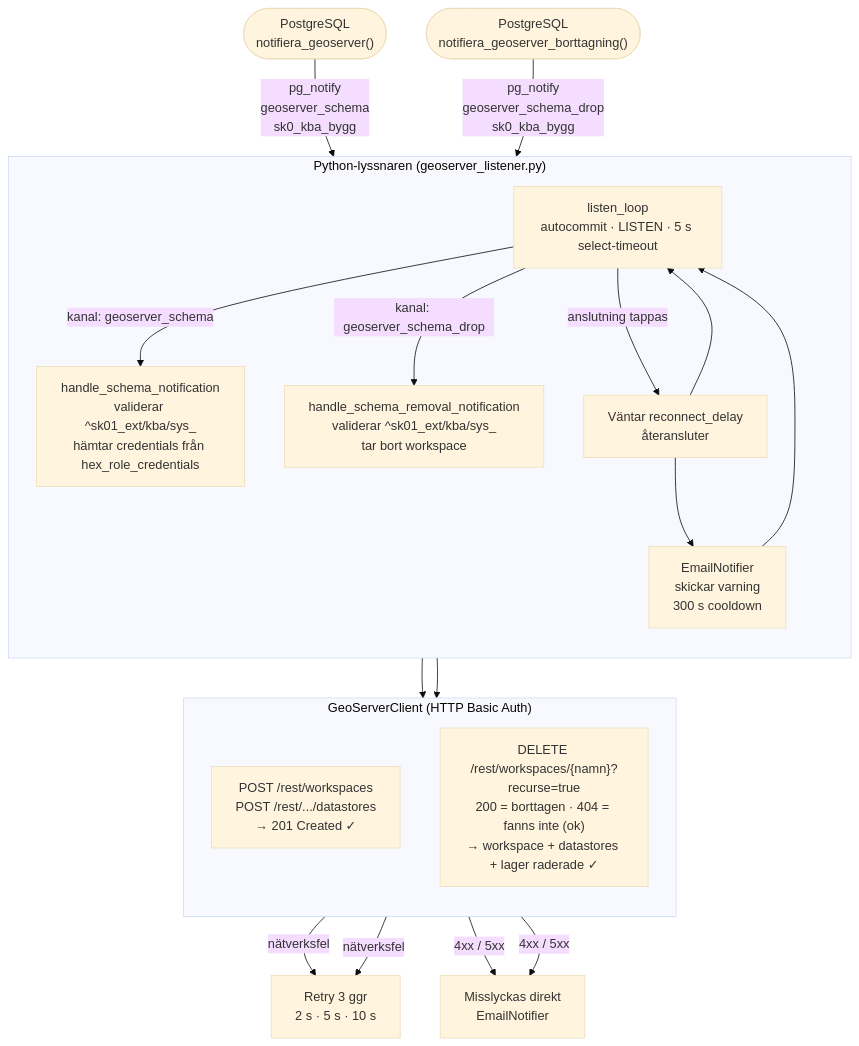
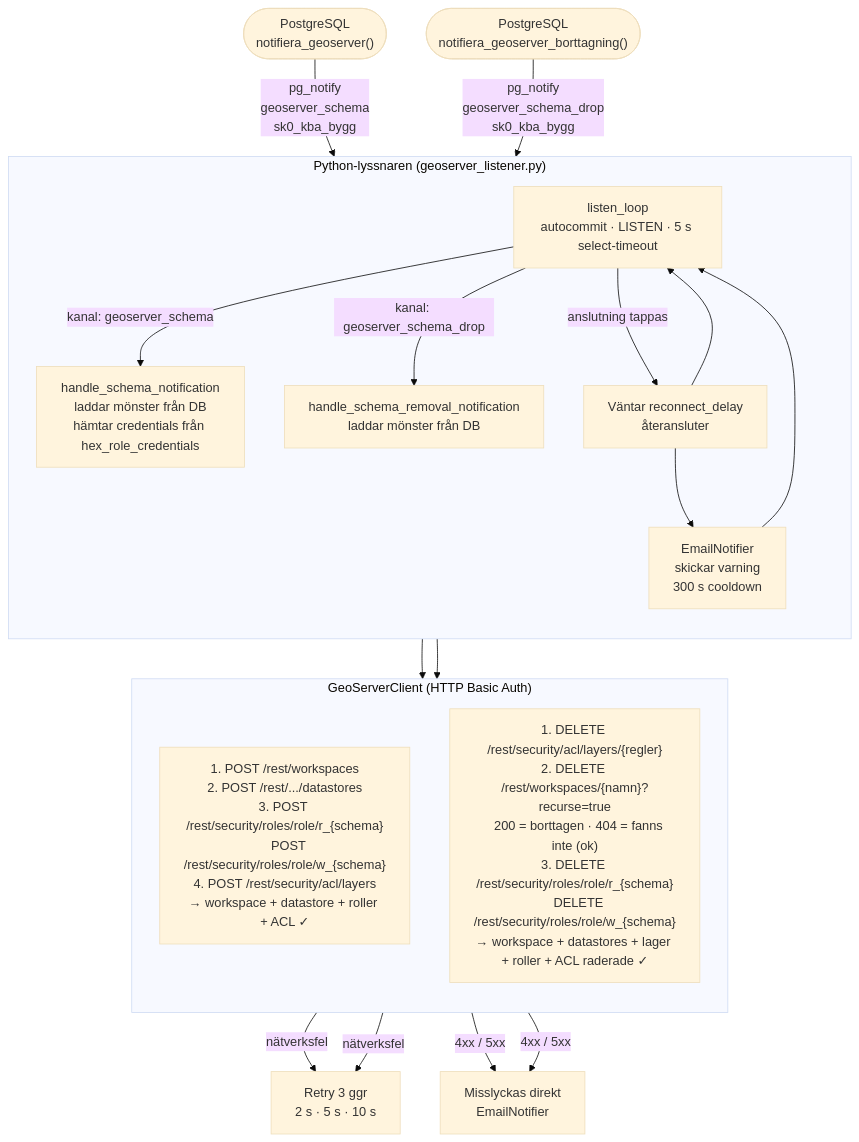
The ninth of 9 diagrams in LOGIC_MAP.md (Geodata-Kungsbacka/Hex), drawn with Mermaid (base theme) before and after one commit. The commit also changed other lines of this file, not shown here.

````diff
--- a/LOGIC_MAP.md
+++ b/LOGIC_MAP.md
@@ -788,32 +781,32 @@
 ```mermaid
 flowchart TD
     PG_C(["PostgreSQL<br/>notifiera_geoserver()"])
     PG_D(["PostgreSQL<br/>notifiera_geoserver_borttagning()"])
     PG_C --> |"pg_notify<br/>geoserver_schema<br/>sk0_kba_bygg"| LL
     PG_D --> |"pg_notify<br/>geoserver_schema_drop<br/>sk0_kba_bygg"| LL
 
     subgraph PY["Python-lyssnaren (geoserver_listener.py)"]
         direction TB
         LL["listen_loop<br/>autocommit · LISTEN · 5 s select-timeout"]
-        LL --> |"kanal: geoserver_schema"| HSN["handle_schema_notification<br/>validerar ^sk01_ext/kba/sys_<br/>hämtar credentials från hex_role_credentials"]
-        LL --> |"kanal: geoserver_schema_drop"| HRN["handle_schema_removal_notification<br/>validerar ^sk01_ext/kba/sys_<br/>tar bort workspace"]
+        LL --> |"kanal: geoserver_schema"| HSN["handle_schema_notification<br/>laddar mönster från DB<br/>hämtar credentials från hex_role_credentials"]
+        LL --> |"kanal: geoserver_schema_drop"| HRN["handle_schema_removal_notification<br/>laddar mönster från DB"]
         LL --> |"anslutning tappas"| REC["Väntar reconnect_delay<br/>återansluter"]
         REC --> EMAIL1["EmailNotifier<br/>skickar varning<br/>300 s cooldown"]
         EMAIL1 --> LL
         REC --> LL
     end
 
     HSN --> GS_CREATE
     HRN --> GS_DELETE
 
     subgraph REST["GeoServerClient (HTTP Basic Auth)"]
         direction TB
-        GS_CREATE["POST /rest/workspaces<br/>POST /rest/.../datastores<br/>→ 201 Created ✓"]
-        GS_DELETE["DELETE /rest/workspaces/{namn}?recurse=true<br/>200 = borttagen · 404 = fanns inte (ok)<br/>→ workspace + datastores + lager raderade ✓"]
+        GS_CREATE["1. POST /rest/workspaces<br/>2. POST /rest/.../datastores<br/>3. POST /rest/security/roles/role/r_{schema}<br/>   POST /rest/security/roles/role/w_{schema}<br/>4. POST /rest/security/acl/layers<br/>→ workspace + datastore + roller + ACL ✓"]
+        GS_DELETE["1. DELETE /rest/security/acl/layers/{regler}<br/>2. DELETE /rest/workspaces/{namn}?recurse=true<br/>   200 = borttagen · 404 = fanns inte (ok)<br/>3. DELETE /rest/security/roles/role/r_{schema}<br/>   DELETE /rest/security/roles/role/w_{schema}<br/>→ workspace + datastores + lager + roller + ACL raderade ✓"]
     end
 
     GS_CREATE --> |"nätverksfel"| RETRY["Retry 3 ggr<br/>2 s · 5 s · 10 s"]
     GS_DELETE --> |"nätverksfel"| RETRY
     GS_CREATE --> |"4xx / 5xx"| FAIL["Misslyckas direkt<br/>EmailNotifier"]
     GS_DELETE --> |"4xx / 5xx"| FAIL
 ```
````
